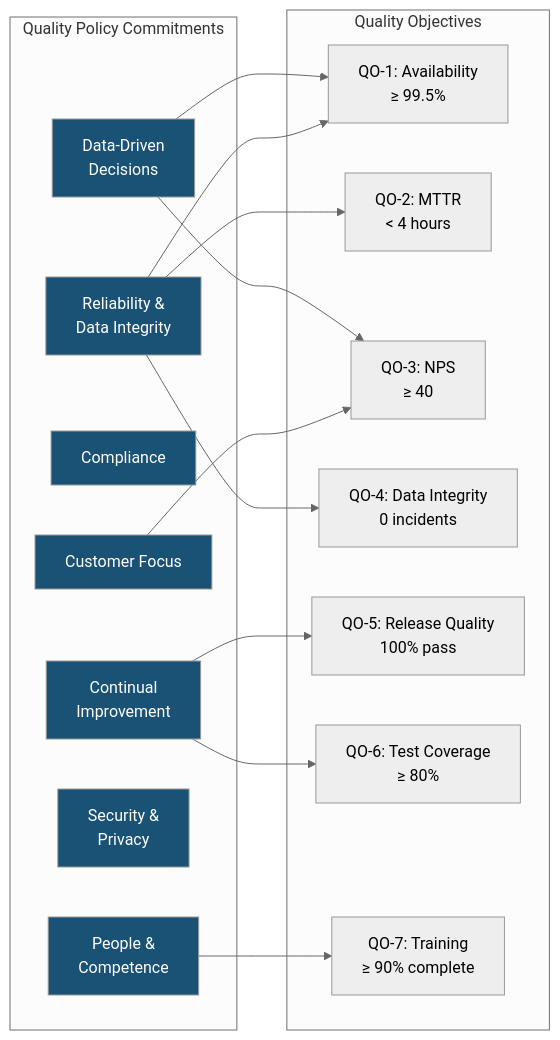
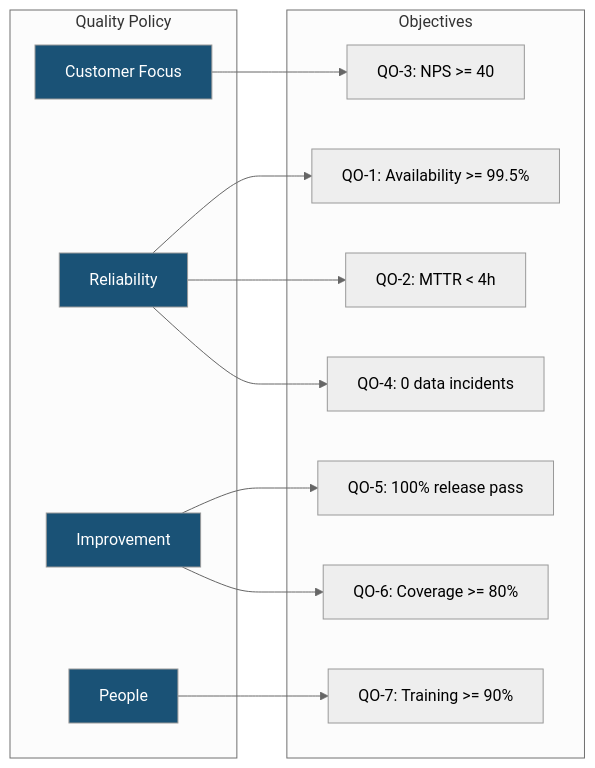
The diagram in docs/planning/quality-objectives.md (fwornle/iso-9001), drawn with Mermaid (neutral theme) before and after one commit. The commit also changed other lines of this file and 41 other files, not shown here.

````diff
--- a/docs/planning/quality-objectives.md
+++ b/docs/planning/quality-objectives.md
@@ -115,33 +37,26 @@
-```mermaid
-graph LR
-    subgraph "Quality Policy Commitments"
-        P1["Customer Focus"]
-        P2["Reliability &<br/>Data Integrity"]
-        P3["Compliance"]
-        P4["Data-Driven<br/>Decisions"]
-        P5["Continual<br/>Improvement"]
-        P6["Security &<br/>Privacy"]
-        P7["People &<br/>Competence"]
-    end
-    subgraph "Quality Objectives"
-        QO1["QO-1: Availability<br/>≥ 99.5%"]
-        QO2["QO-2: MTTR<br/>< 4 hours"]
-        QO3["QO-3: NPS<br/>≥ 40"]
-        QO4["QO-4: Data Integrity<br/>0 incidents"]
-        QO5["QO-5: Release Quality<br/>100% pass"]
-        QO6["QO-6: Test Coverage<br/>≥ 80%"]
-        QO7["QO-7: Training<br/>≥ 90% complete"]
-    end
-    P1 --> QO3
-    P2 --> QO1 & QO2 & QO4
-    P4 --> QO1 & QO3
-    P5 --> QO5 & QO6
-    P7 --> QO7
-    style P1 fill:#1a5276,color:#fff
-    style P2 fill:#1a5276,color:#fff
-    style P3 fill:#1a5276,color:#fff
-    style P4 fill:#1a5276,color:#fff
-    style P5 fill:#1a5276,color:#fff
-    style P6 fill:#1a5276,color:#fff
-    style P7 fill:#1a5276,color:#fff
-```
+    ```mermaid
+    graph LR
+        subgraph "Quality Policy"
+            P1["Customer Focus"]
+            P2["Reliability"]
+            P5["Improvement"]
+            P7["People"]
+        end
+        subgraph "Objectives"
+            QO1["QO-1: Availability >= 99.5%"]
+            QO2["QO-2: MTTR < 4h"]
+            QO3["QO-3: NPS >= 40"]
+            QO4["QO-4: 0 data incidents"]
+            QO5["QO-5: 100% release pass"]
+            QO6["QO-6: Coverage >= 80%"]
+            QO7["QO-7: Training >= 90%"]
+        end
+        P1 --> QO3
+        P2 --> QO1 & QO2 & QO4
+        P5 --> QO5 & QO6
+        P7 --> QO7
+        style P1 fill:#1a5276,color:#fff
+        style P2 fill:#1a5276,color:#fff
+        style P5 fill:#1a5276,color:#fff
+        style P7 fill:#1a5276,color:#fff
+    ```
````
